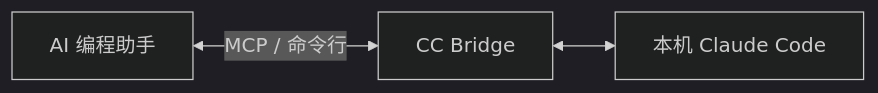
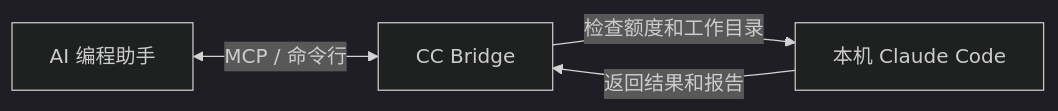
One commit to AlexLI1935/cc-bridge changed the diagram in README.zh-CN.md. Above: the diagram before and after it, drawn with Mermaid (dark theme). The commit also changed other lines of this file and 19 other files, not shown here.

````diff
--- a/README.zh-CN.md
+++ b/README.zh-CN.md
@@ -13,5 +17,6 @@
 ```mermaid
 flowchart LR
     A[AI 编程助手] <-->|MCP / 命令行| B[CC Bridge]
-    B <--> C[本机 Claude Code]
+    B -->|检查额度和工作目录| C[本机 Claude Code]
+    C -->|返回结果和报告| B
 ```
````
